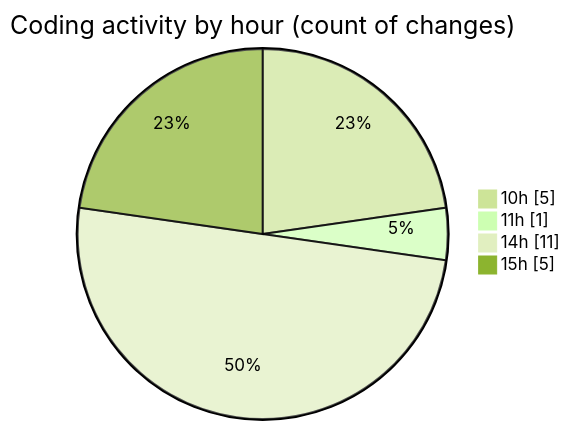
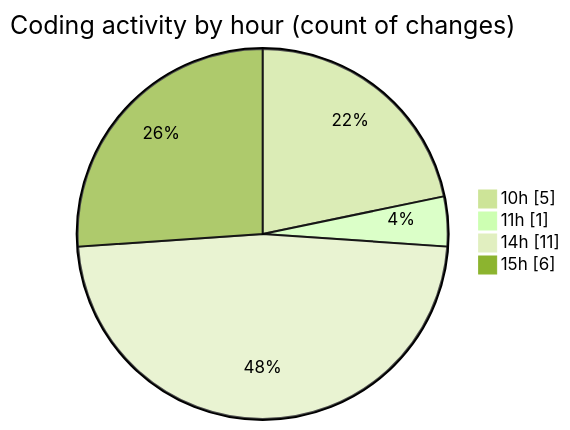
One commit to nxtqubesakshisongat/code-tracking changed the second of 2 diagrams in 2026-04-13/airfeed-analytics-dashboard/README.md. Above: the diagram before and after it, drawn with Mermaid (forest theme). The commit also changed other lines of this file and 1 other file, not shown here.

````diff
--- a/2026-04-13/airfeed-analytics-dashboard/README.md
+++ b/2026-04-13/airfeed-analytics-dashboard/README.md
@@ -33,8 +35,8 @@
 ```mermaid
 pie showData
 title Coding activity by hour (count of changes)
 "10h" : 5
 "11h" : 1
 "14h" : 11
-"15h" : 5
+"15h" : 6
 ```
````
